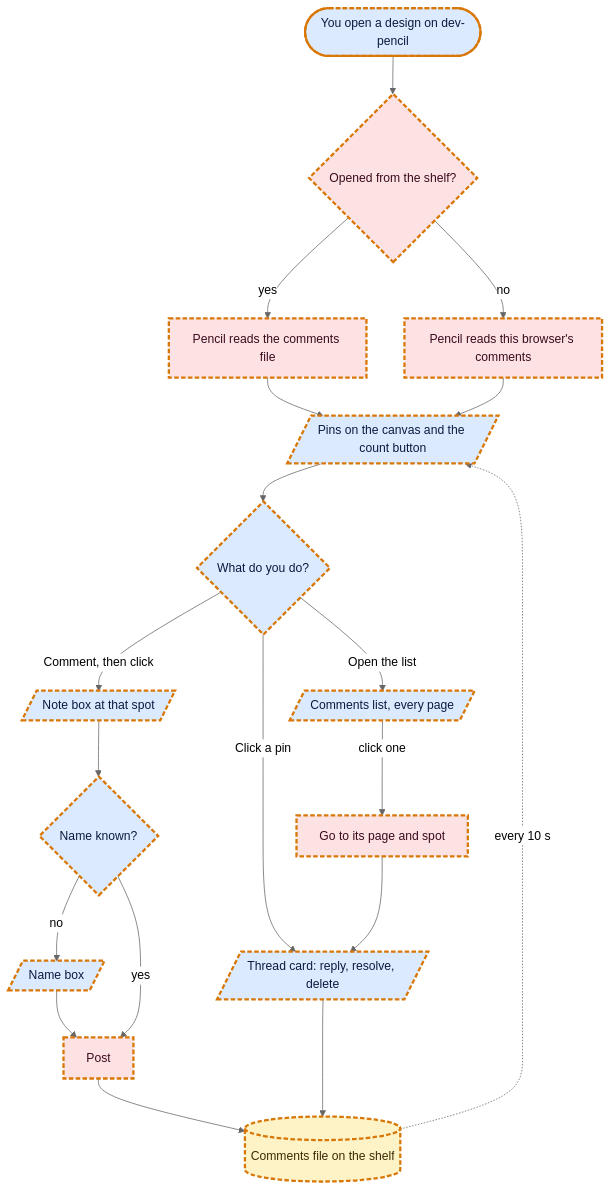
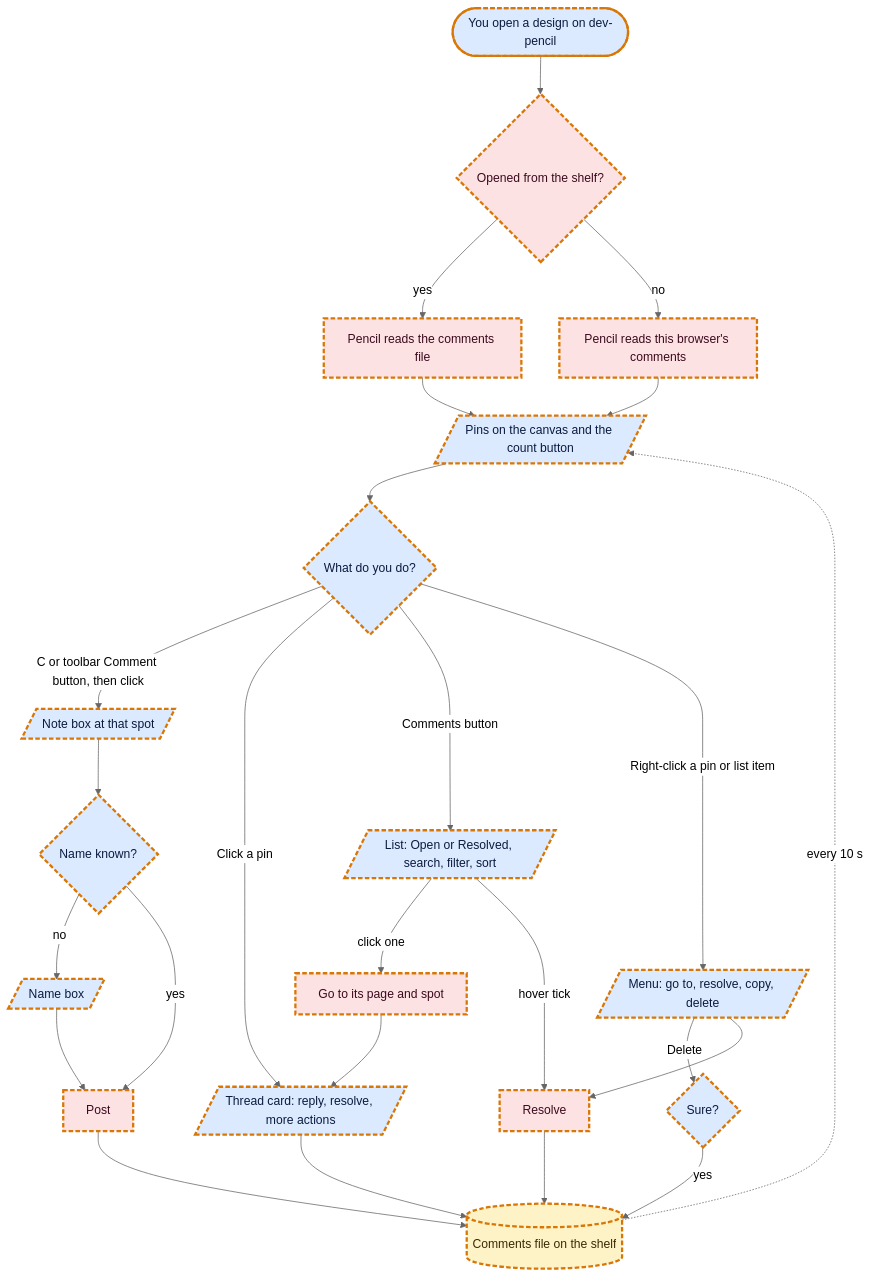
The first of 5 diagrams in slumberjakz/specs/Comments.md (T3rM1nAt0-R/open-pencil), drawn with Mermaid (neutral theme) before and after one commit. The commit also changed other lines of this file and 45 other files, not shown here.

First line of the commit message:
feat(comments): add comment tool, list filters and comment menus

````diff
--- a/slumberjakz/specs/Comments.md
+++ b/slumberjakz/specs/Comments.md
@@ -54,35 +63,41 @@
 ```mermaid
 flowchart TD
   start([You open a design on dev-pencil]) --> shelf{Opened from the shelf?}
   shelf -->|yes| load[Pencil reads the comments file]
   shelf -->|no| local[Pencil reads this browser's comments]
   load --> pins[/Pins on the canvas and the count button/]
   local --> pins
   pins --> act{What do you do?}
-  act -->|Comment, then click| draft[/Note box at that spot/]
+  act -->|C or toolbar Comment button, then click| draft[/Note box at that spot/]
   draft --> name{Name known?}
   name -->|no| ask[/Name box/]
   ask --> post[Post]
   name -->|yes| post
-  act -->|Click a pin| thread[/Thread card: reply, resolve, delete/]
-  act -->|Open the list| list[/Comments list, every page/]
+  act -->|Click a pin| thread[/Thread card: reply, resolve, more actions/]
+  act -->|Comments button| list[/List: Open or Resolved, search, filter, sort/]
+  act -->|Right-click a pin or list item| menu[/Menu: go to, resolve, copy, delete/]
   list -->|click one| jump[Go to its page and spot]
+  list -->|hover tick| resolve[Resolve]
+  menu -->|Delete| confirm{Sure?}
+  confirm -->|yes| saved
+  menu --> resolve
+  resolve --> saved
   jump --> thread
   post --> saved[(Comments file on the shelf)]
   thread --> saved
   saved -.->|every 10 s| pins
   classDef player fill:#dbeafe,stroke:#1d4ed8,color:#0b1b3f
   classDef phone fill:#fde2e4,stroke:#be185d,color:#3b0a1e
   classDef server fill:#ede9fe,stroke:#6d28d9,color:#2a1052
   classDef data fill:#fef3c7,stroke:#a16207,color:#3b2a05
   classDef robot fill:#ccfbf1,stroke:#0f766e,color:#06302b
   classDef event fill:#fff7cc,stroke:#ca8a04,color:#3b2a05
   classDef other fill:#f1f5f9,stroke:#475569,color:#1e293b
   classDef built stroke:#15803d,stroke-width:3px
   classDef building stroke:#d97706,stroke-width:3px,stroke-dasharray:6 3
   classDef planned stroke:#94a3b8,stroke-width:2px,stroke-dasharray:2 3
-  class start,pins,draft,ask,thread,list,act,name player
-  class shelf,load,local,post,jump phone
+  class start,pins,draft,ask,thread,list,act,name,menu,confirm player
+  class shelf,load,local,post,jump,resolve phone
   class saved data
-  class start,shelf,load,local,pins,act,draft,name,ask,post,thread,list,jump,saved building
+  class start,shelf,load,local,pins,act,draft,name,ask,post,thread,list,jump,saved,menu,confirm,resolve building
 ```
````
